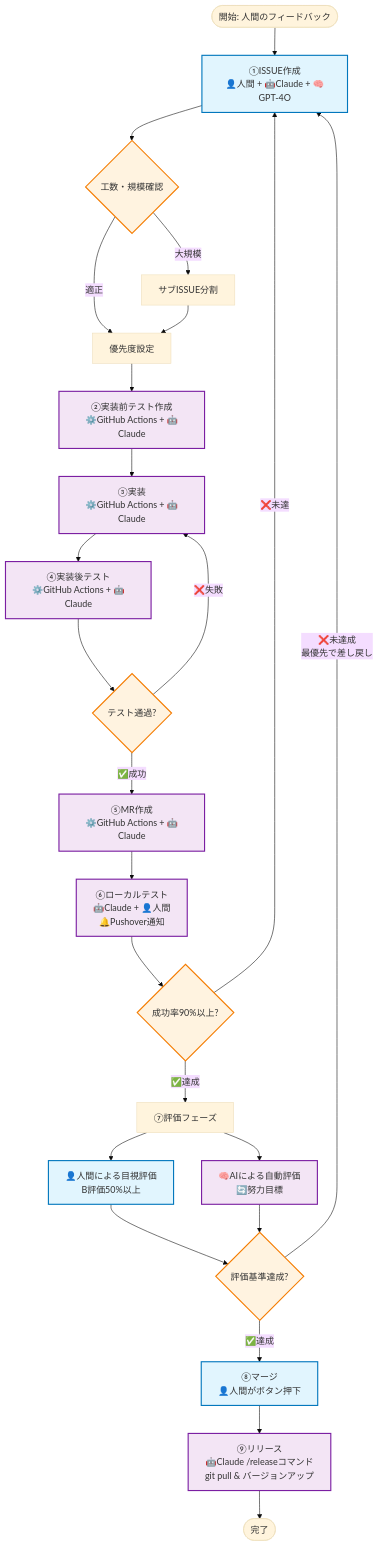
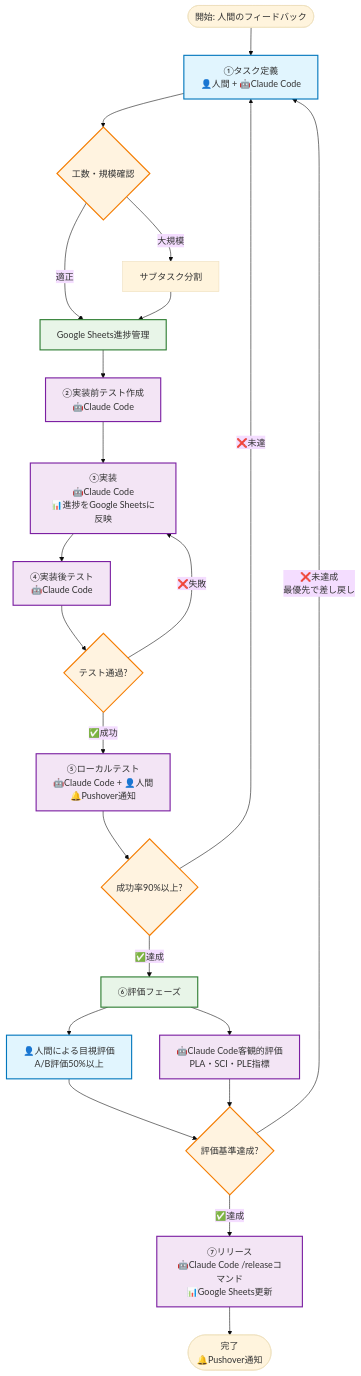
Before and after one commit to miyashita337/segment-anything: the diagram in docs/workflows/README.md, drawn with Mermaid (base theme). The commit also changed other lines of this file and 55 other files, not shown here.

First line of the commit message:
feat: Add priority column (B) to Google Sheets and implement task ticketing system

````diff
--- a/docs/workflows/README.md
+++ b/docs/workflows/README.md
@@ -12,38 +13,37 @@
 ```mermaid
 flowchart TB
-    Start([開始: 人間のフィードバック]) --> Issue[①ISSUE作成<br/>👤人間 + 🤖Claude + 🧠GPT-4O]
+    Start([開始: 人間のフィードバック]) --> Issue[①タスク定義<br/>👤人間 + 🤖Claude Code]
     Issue --> Check{工数・規模確認}
-    Check -->|大規模| SubIssue[サブISSUE分割]
-    Check -->|適正| Priority[優先度設定]
+    Check -->|大規模| SubIssue[サブタスク分割]
+    Check -->|適正| Priority[Google Sheets進捗管理]
     SubIssue --> Priority
-    Priority --> TestFirst[②実装前テスト作成<br/>⚙️GitHub Actions + 🤖Claude]
-    TestFirst --> Impl[③実装<br/>⚙️GitHub Actions + 🤖Claude]
-    Impl --> TestAfter[④実装後テスト<br/>⚙️GitHub Actions + 🤖Claude]
+    Priority --> TestFirst[②実装前テスト作成<br/>🤖Claude Code]
+    TestFirst --> Impl[③実装<br/>🤖Claude Code<br/>📊進捗をGoogle Sheetsに反映]
+    Impl --> TestAfter[④実装後テスト<br/>🤖Claude Code]
     TestAfter --> TestPass{テスト通過?}
     TestPass -->|❌失敗| Impl
-    TestPass -->|✅成功| MR[⑤MR作成<br/>⚙️GitHub Actions + 🤖Claude]
-    MR --> LocalTest[⑥ローカルテスト<br/>🤖Claude + 👤人間<br/>🔔Pushover通知]
+    TestPass -->|✅成功| LocalTest[⑤ローカルテスト<br/>🤖Claude Code + 👤人間<br/>🔔Pushover通知]
     LocalTest --> Success{成功率90%以上?}
     Success -->|❌未達| Issue
-    Success -->|✅達成| Evaluation[⑦評価フェーズ]
+    Success -->|✅達成| Evaluation[⑥評価フェーズ]
 
-    Evaluation --> HumanEval[👤人間による目視評価<br/>B評価50%以上]
-    Evaluation --> AIEval[🧠AIによる自動評価<br/>🔄努力目標]
+    Evaluation --> AutoEval[🤖Claude Code客観的評価<br/>PLA・SCI・PLE指標]
+    Evaluation --> HumanEval[👤人間による目視評価<br/>A/B評価50%以上]
 
     HumanEval --> EvalPass{評価基準達成?}
-    AIEval --> EvalPass
+    AutoEval --> EvalPass
     EvalPass -->|❌未達成<br/>最優先で差し戻し| Issue
-    EvalPass -->|✅達成| Merge[⑧マージ<br/>👤人間がボタン押下]
-    Merge --> Release[⑨リリース<br/>🤖Claude /releaseコマンド<br/>git pull & バージョンアップ]
-    Release --> End([完了])
+    EvalPass -->|✅達成| Release[⑦リリース<br/>🤖Claude Code /releaseコマンド<br/>📊Google Sheets更新]
+    Release --> End([完了<br/>🔔Pushover通知])
 
     %% スタイル定義
     classDef humanTask fill:#e1f5fe,stroke:#0277bd,stroke-width:2px
-    classDef aiTask fill:#f3e5f5,stroke:#7b1fa2,stroke-width:2px
-    classDef autoTask fill:#e8f5e8,stroke:#2e7d32,stroke-width:2px
+    classDef claudeTask fill:#f3e5f5,stroke:#7b1fa2,stroke-width:2px
+    classDef sheetsTask fill:#e8f5e8,stroke:#2e7d32,stroke-width:2px
     classDef decision fill:#fff3e0,stroke:#f57c00,stroke-width:2px
 
-    class Issue,HumanEval,Merge humanTask
-    class TestFirst,Impl,TestAfter,MR,LocalTest,AIEval,Release aiTask
+    class Issue,HumanEval humanTask
+    class TestFirst,Impl,TestAfter,LocalTest,AutoEval,Release claudeTask
+    class Priority,Evaluation sheetsTask
     class Check,TestPass,Success,EvalPass decision
 ```
````
